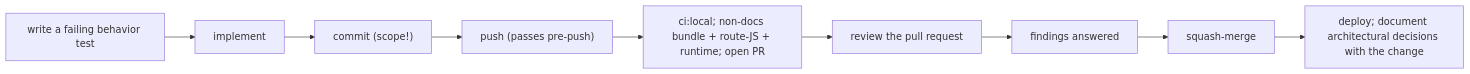
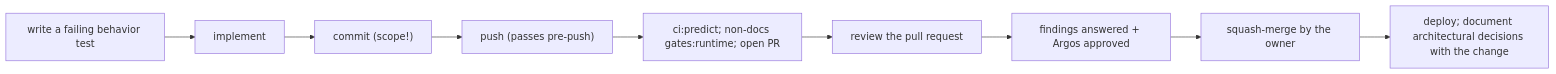
One commit to erikunha/portfolio changed the diagram in docs/handbook/onboarding.md. Above: the diagram before and after it, drawn with Mermaid. The commit also changed 50 other files, not shown here.

````diff
--- a/docs/handbook/onboarding.md
+++ b/docs/handbook/onboarding.md
@@ -26,8 +26,8 @@
 ```mermaid
 flowchart LR
     tdd["write a failing behavior test"] --> edit["implement"] --> commit["commit (scope!)"]
     commit --> push["push (passes pre-push)"]
-    push --> pr["ci:local; non-docs bundle + route-JS + runtime; open PR"]
-    pr --> conv["review the pull request"] --> ready["findings answered"] --> merge["squash-merge"]
+    push --> pr["ci:predict; non-docs gates:runtime; open PR"]
+    pr --> conv["review the pull request"] --> ready["findings answered + Argos approved"] --> merge["squash-merge by the owner"]
     merge --> deploy["deploy; document architectural decisions with the change"]
 ```
````
